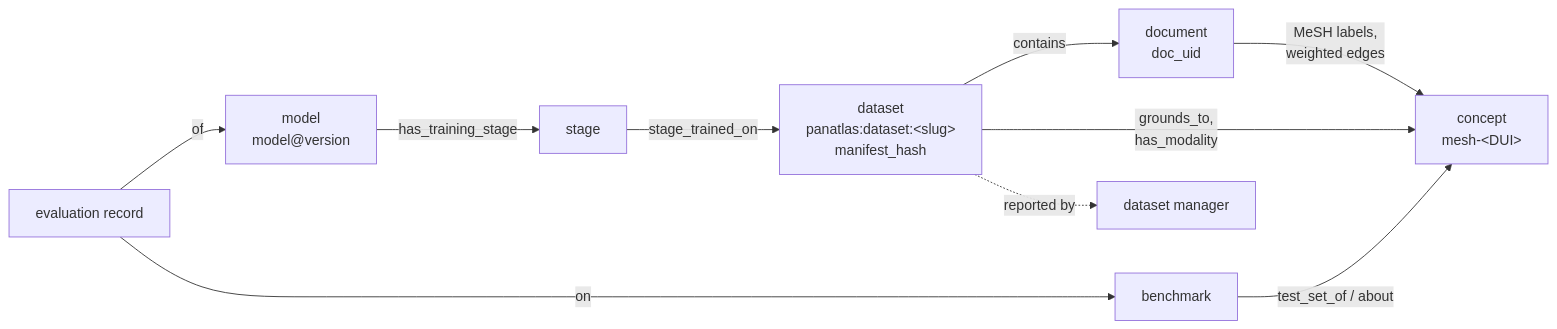
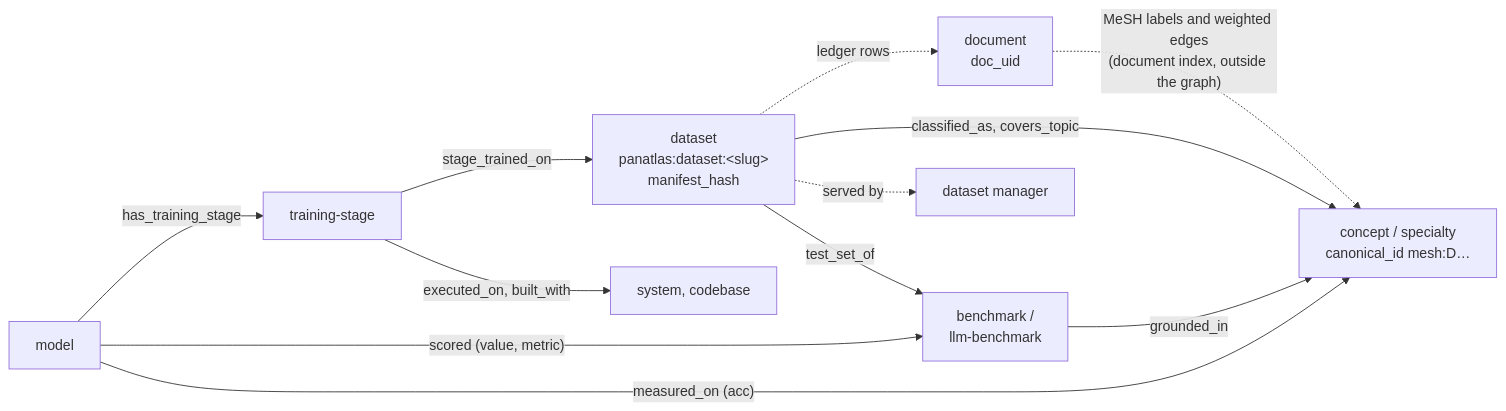
The diagram in docs/metadata/index.md (ThePanAtlas/docs), drawn with Mermaid before and after one commit. The commit also changed other lines of this file and 16 other files, not shown here.

````diff
--- a/docs/metadata/index.md
+++ b/docs/metadata/index.md
@@ -10,12 +10,14 @@
 ```mermaid
 flowchart LR
-  DOC["document<br/>doc_uid"] -- "MeSH labels,<br/>weighted edges" --> CON["concept<br/>mesh-&lt;DUI&gt;"]
-  DS["dataset<br/>panatlas:dataset:&lt;slug&gt;<br/>manifest_hash"] -- contains --> DOC
-  DS -- "grounds_to,<br/>has_modality" --> CON
-  MOD["model<br/>model@version"] -- has_training_stage --> ST["stage"]
+  DOC["document<br/>doc_uid"] -. "MeSH labels and weighted edges<br/>(document index, outside the graph)" .-> CON["concept / specialty<br/>canonical_id mesh:D…"]
+  DS["dataset<br/>panatlas:dataset:&lt;slug&gt;<br/>manifest_hash"] -. "ledger rows" .-> DOC
+  DS -- "classified_as, covers_topic" --> CON
+  DS -- test_set_of --> BEN["benchmark /<br/>llm-benchmark"]
+  BEN -- grounded_in --> CON
+  MOD["model"] -- has_training_stage --> ST["training-stage"]
   ST -- stage_trained_on --> DS
-  BEN["benchmark"] -- test_set_of / about --> CON
-  RES["evaluation record"] -- of --> MOD
-  RES -- on --> BEN
-  DS -. "reported by" .-> MGR["dataset manager<br/>"]
+  ST -- "executed_on, built_with" --> SYS["system, codebase"]
+  MOD -- "scored (value, metric)" --> BEN
+  MOD -- "measured_on (acc)" --> CON
+  DS -. "served by" .-> MGR["dataset manager<br/>"]
 ```
````
